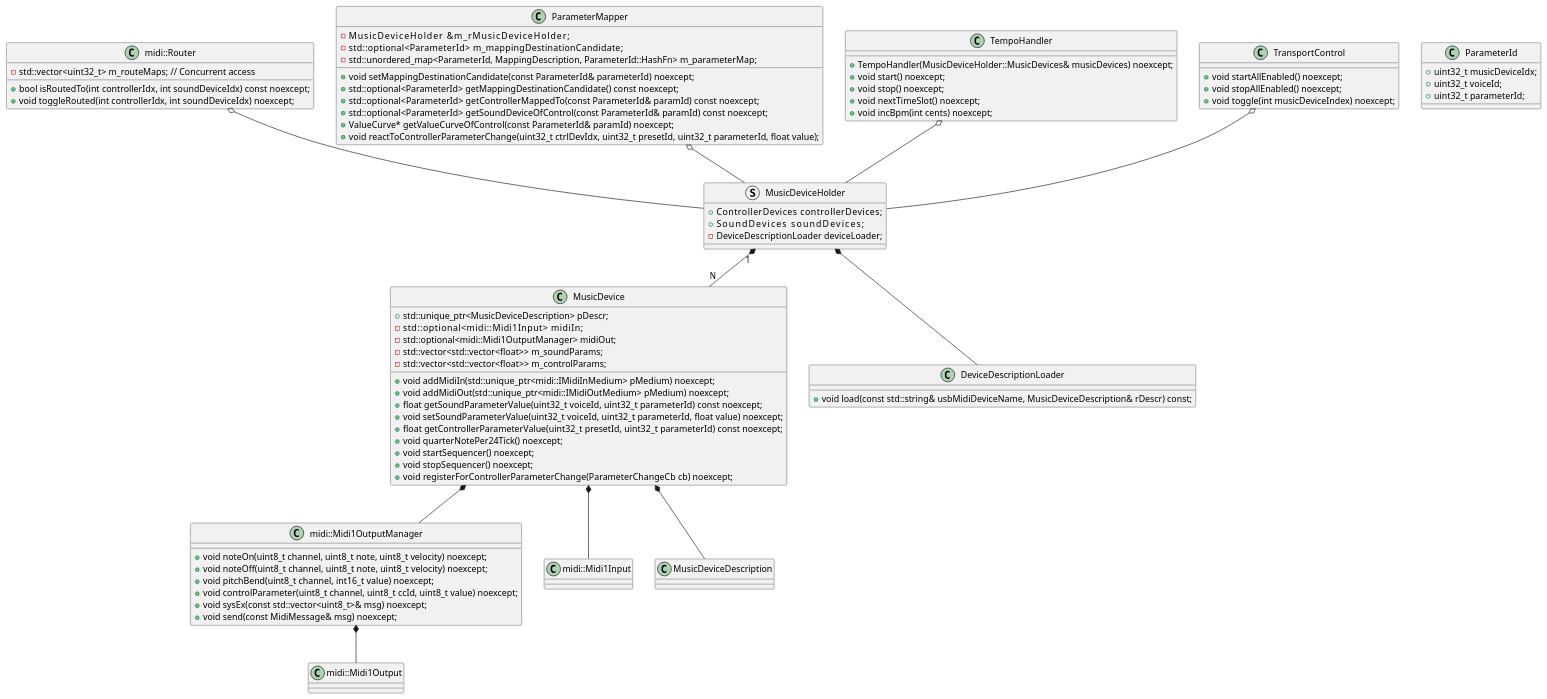
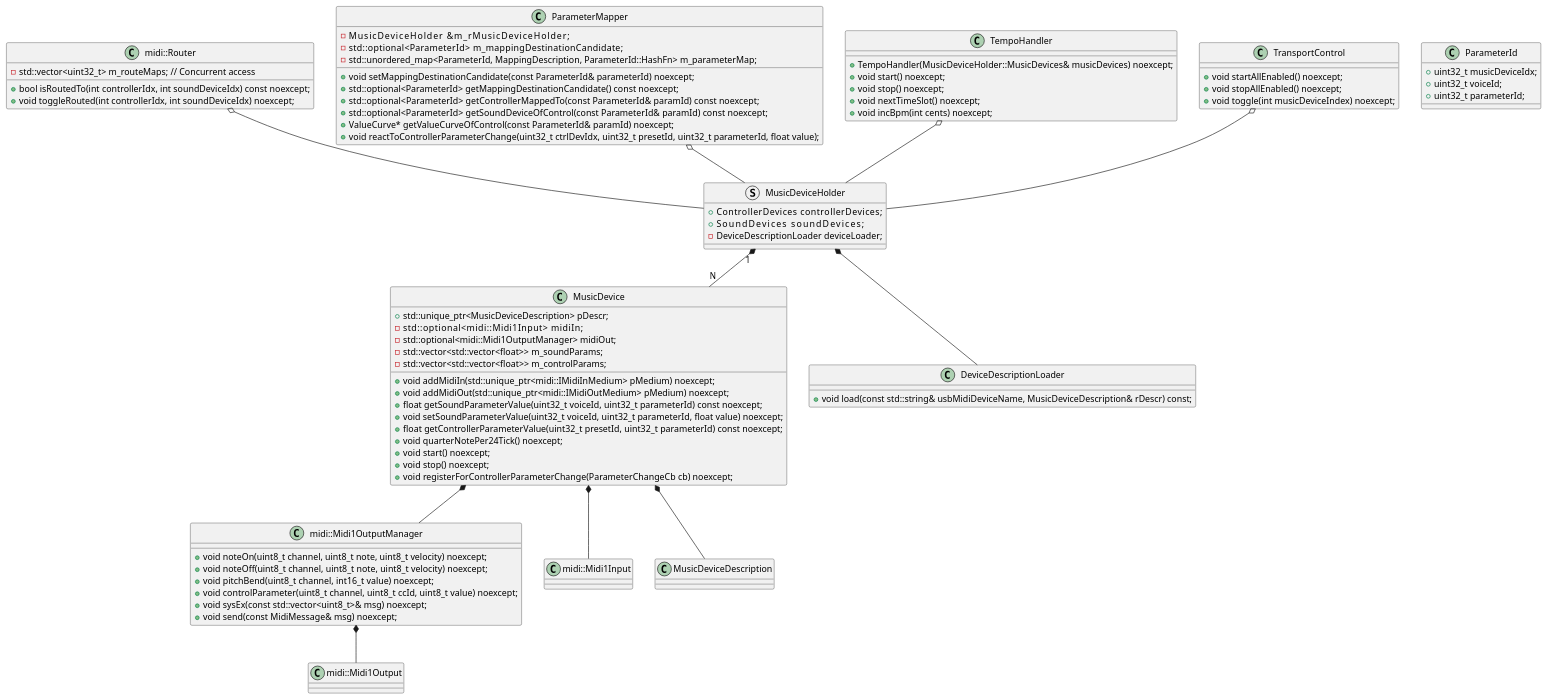
Before and after one commit to dliess/MidiEmBackend: the diagram in Base/class-diagram.puml, drawn with PlantUML. The commit also changed 14 other files, not shown here.

```diff
--- a/Base/class-diagram.puml
+++ b/Base/class-diagram.puml
@@ -1,111 +1,111 @@
 @startuml
 
 class MusicDevice
 {
    +void addMidiIn(std::unique_ptr<midi::IMidiInMedium> pMedium) noexcept;
    +void addMidiOut(std::unique_ptr<midi::IMidiOutMedium> pMedium) noexcept;
    +float getSoundParameterValue(uint32_t voiceId, uint32_t parameterId) const noexcept;
    +void setSoundParameterValue(uint32_t voiceId, uint32_t parameterId, float value) noexcept;
    +float getControllerParameterValue(uint32_t presetId, uint32_t parameterId) const noexcept;
    +void quarterNotePer24Tick() noexcept;
-   +void startSequencer() noexcept;
-   +void stopSequencer() noexcept;
+   +void start() noexcept;
+   +void stop() noexcept;
    +void registerForControllerParameterChange(ParameterChangeCb cb) noexcept;
 
    +std::unique_ptr<MusicDeviceDescription> pDescr;
    -std::optional<midi::Midi1Input>         midiIn;
    -std::optional<midi::Midi1OutputManager> midiOut;
    -std::vector<std::vector<float>> m_soundParams;
    -std::vector<std::vector<float>> m_controlParams;
 }
 
 class midi::Router
 {
    +bool isRoutedTo(int controllerIdx, int soundDeviceIdx) const noexcept;
    +void toggleRouted(int controllerIdx, int soundDeviceIdx) noexcept;
    -std::vector<uint32_t> m_routeMaps; // Concurrent access
 }
 
 struct MusicDeviceHolder
 {
    +ControllerDevices        controllerDevices;
    +SoundDevices             soundDevices;
    -DeviceDescriptionLoader  deviceLoader;
 }
 
 class midi::Midi1OutputManager
 {
    +void noteOn(uint8_t channel, uint8_t note, uint8_t velocity) noexcept;
    +void noteOff(uint8_t channel, uint8_t note, uint8_t velocity) noexcept;
    +void pitchBend(uint8_t channel, int16_t value) noexcept;
    +void controlParameter(uint8_t channel, uint8_t ccId, uint8_t value) noexcept;
    +void sysEx(const std::vector<uint8_t>& msg) noexcept;
    +void send(const MidiMessage& msg) noexcept;
 }
 
 class midi::Midi1Output
 {
 }
 
 class midi::Midi1Input
 {
 }
 
 class DeviceDescriptionLoader
 {
    +void load(const std::string& usbMidiDeviceName, MusicDeviceDescription& rDescr) const;
 }
 
 class MusicDeviceDescription
 {
 }
 
 class ParameterId
 {
    +uint32_t musicDeviceIdx;
    +uint32_t voiceId;
    +uint32_t parameterId;
 }
 
 class ParameterMapper
 {
    +void setMappingDestinationCandidate(const ParameterId& parameterId) noexcept;
    +std::optional<ParameterId> getMappingDestinationCandidate() const noexcept;
    +std::optional<ParameterId> getControllerMappedTo(const ParameterId& paramId) const noexcept;
    +std::optional<ParameterId> getSoundDeviceOfControl(const ParameterId& paramId) const noexcept;
    +ValueCurve* getValueCurveOfControl(const ParameterId& paramId) noexcept;
    +void reactToControllerParameterChange(uint32_t ctrlDevIdx, uint32_t presetId, uint32_t parameterId, float value);
    -MusicDeviceHolder                &m_rMusicDeviceHolder;
    -std::optional<ParameterId>        m_mappingDestinationCandidate;
    -std::unordered_map<ParameterId, MappingDescription, ParameterId::HashFn> m_parameterMap;
 }
 
 class TempoHandler
 {
    +TempoHandler(MusicDeviceHolder::MusicDevices& musicDevices) noexcept;
    +void start() noexcept;
    +void stop() noexcept;
    +void nextTimeSlot() noexcept;
    +void incBpm(int cents) noexcept;
 }
 
 class TransportControl
 {
    +void startAllEnabled() noexcept;
    +void stopAllEnabled() noexcept;
    +void toggle(int musicDeviceIndex) noexcept;
 }
 
 
 midi::Midi1OutputManager *-- midi::Midi1Output
 midi::Router o-- MusicDeviceHolder
 MusicDeviceHolder "1"*--"N" MusicDevice
 MusicDeviceHolder *-- DeviceDescriptionLoader
 MusicDevice *-- midi::Midi1OutputManager
 MusicDevice *-- midi::Midi1Input
 MusicDevice *-- MusicDeviceDescription
 ParameterMapper o-- MusicDeviceHolder
 TempoHandler o-- MusicDeviceHolder
 TransportControl o-- MusicDeviceHolder
 
 @enduml
```
